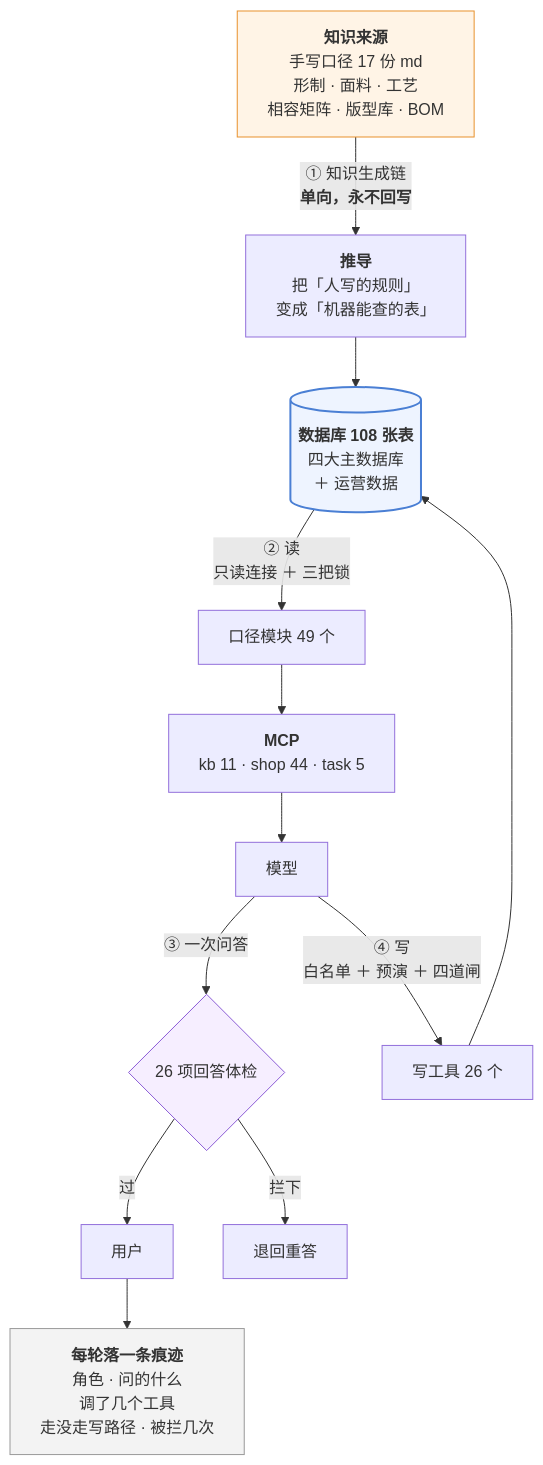
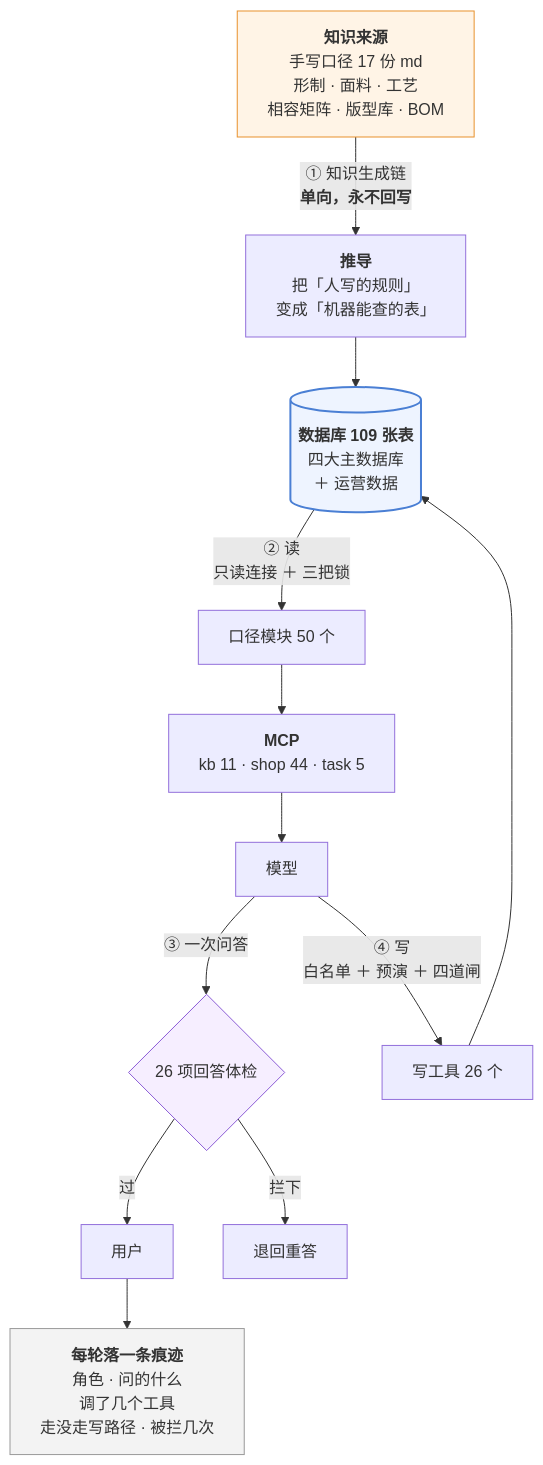
One commit to 843773296-rgb/lanxiu-yunshang-agent changed the third of 3 diagrams in 澜绣云裳agent-产品说明.md. Above: the diagram before and after it, drawn with Mermaid. The commit also changed other lines of this file and 29 other files, not shown here.

````diff
--- a/澜绣云裳agent-产品说明.md
+++ b/澜绣云裳agent-产品说明.md
@@ -966,24 +967,24 @@
 ```mermaid
 flowchart TD
     MD["<b>知识来源</b><br/>手写口径 17 份 md<br/>形制 · 面料 · 工艺<br/>相容矩阵 · 版型库 · BOM"]
     MD -->|"① 知识生成链<br/><b>单向，永不回写</b>"| DV["<b>推导</b><br/>把「人写的规则」<br/>变成「机器能查的表」"]
-    DV --> DB[("<b>数据库 108 张表</b><br/>四大主数据库<br/>＋ 运营数据")]
+    DV --> DB[("<b>数据库 109 张表</b><br/>四大主数据库<br/>＋ 运营数据")]
 
-    DB -->|"② 读<br/>只读连接 ＋ 三把锁"| KJ["口径模块 49 个"]
+    DB -->|"② 读<br/>只读连接 ＋ 三把锁"| KJ["口径模块 50 个"]
     KJ --> MCP["<b>MCP</b><br/>kb 11 · shop 44 · task 5"]
     MCP --> LLM["模型"]
 
     LLM -->|"③ 一次问答"| GD{"26 项回答体检"}
     GD -- 过 --> U["用户"]
     GD -- 拦下 --> RE["退回重答"]
 
     LLM -->|"④ 写<br/>白名单 ＋ 预演 ＋ 四道闸"| W["写工具 26 个"]
     W --> DB
 
     U --> TR["<b>每轮落一条痕迹</b><br/>角色 · 问的什么<br/>调了几个工具<br/>走没走写路径 · 被拦几次"]
 
     style MD fill:#fff4e6,stroke:#e8912d
     style DB fill:#eef4ff,stroke:#4a7fd4,stroke-width:2px
     style GD fill:#f6eeff,stroke:#8b5cd6
     style TR fill:#f3f3f3,stroke:#999
 ```
````
